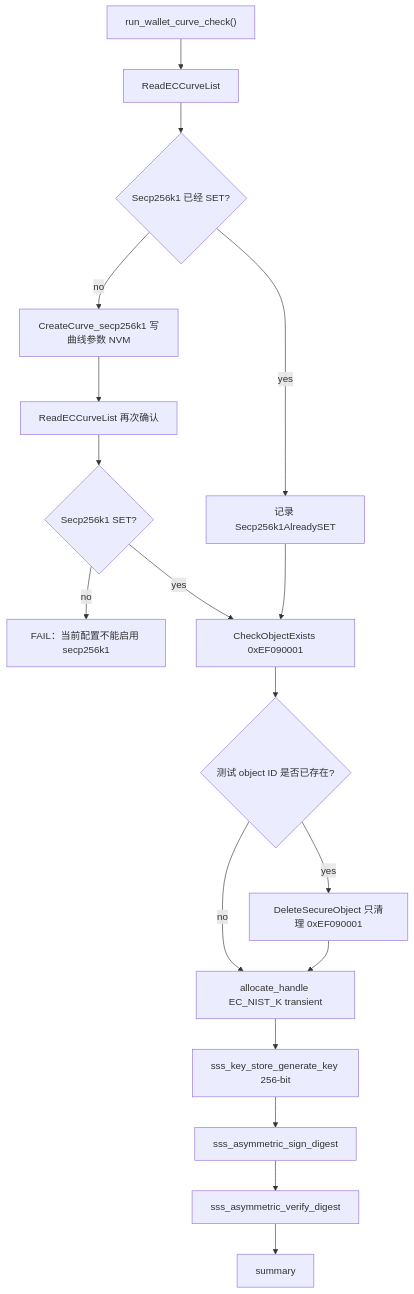
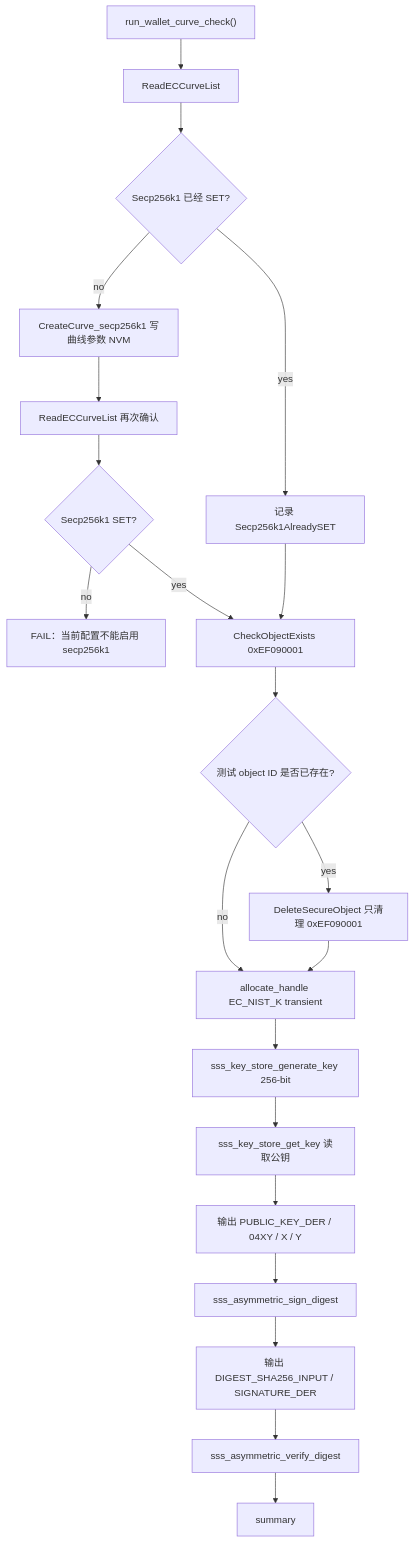
Diagram 14 of 14 in demo/README.md (tianrking/nrf54lm20-se05x-ncs), drawn with Mermaid before and after one commit. The commit also changed other lines of this file and 2 other files, not shown here.

````diff
--- a/demo/README.md
+++ b/demo/README.md
@@ -787,20 +789,23 @@
 ```mermaid
 flowchart TD
     A["run_wallet_curve_check()"] --> B["ReadECCurveList"]
     B --> C{"Secp256k1 已经 SET?"}
     C -->|yes| D["记录 Secp256k1AlreadySET"]
     C -->|no| E["CreateCurve_secp256k1 写曲线参数 NVM"]
     E --> F["ReadECCurveList 再次确认"]
     F --> G{"Secp256k1 SET?"}
     G -->|no| H["FAIL：当前配置不能启用 secp256k1"]
     G -->|yes| I["CheckObjectExists 0xEF090001"]
     D --> I
     I --> J{"测试 object ID 是否已存在?"}
     J -->|yes| K["DeleteSecureObject 只清理 0xEF090001"]
     J -->|no| L["allocate_handle EC_NIST_K transient"]
     K --> L
     L --> M["sss_key_store_generate_key 256-bit"]
-    M --> N["sss_asymmetric_sign_digest"]
-    N --> O["sss_asymmetric_verify_digest"]
-    O --> P["summary"]
+    M --> N["sss_key_store_get_key 读取公钥"]
+    N --> O["输出 PUBLIC_KEY_DER / 04XY / X / Y"]
+    O --> P["sss_asymmetric_sign_digest"]
+    P --> Q["输出 DIGEST_SHA256_INPUT / SIGNATURE_DER"]
+    Q --> R["sss_asymmetric_verify_digest"]
+    R --> S["summary"]
 ```
````
